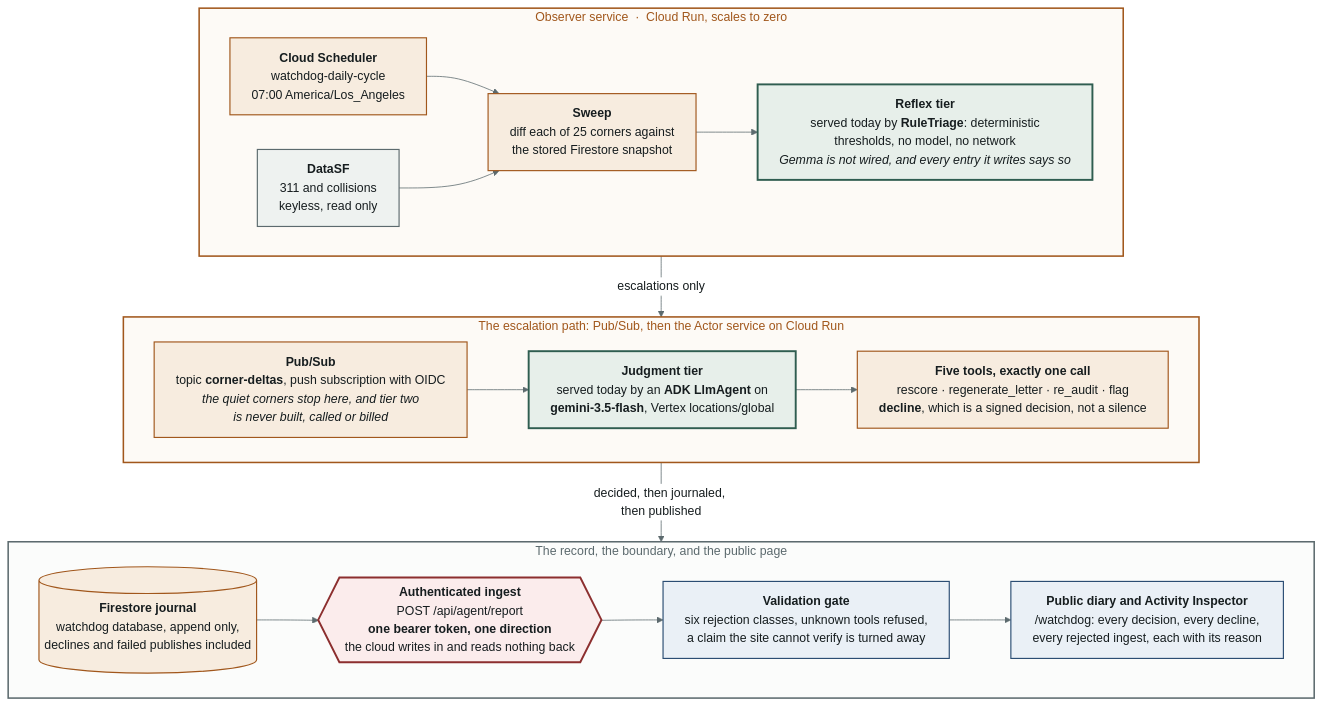
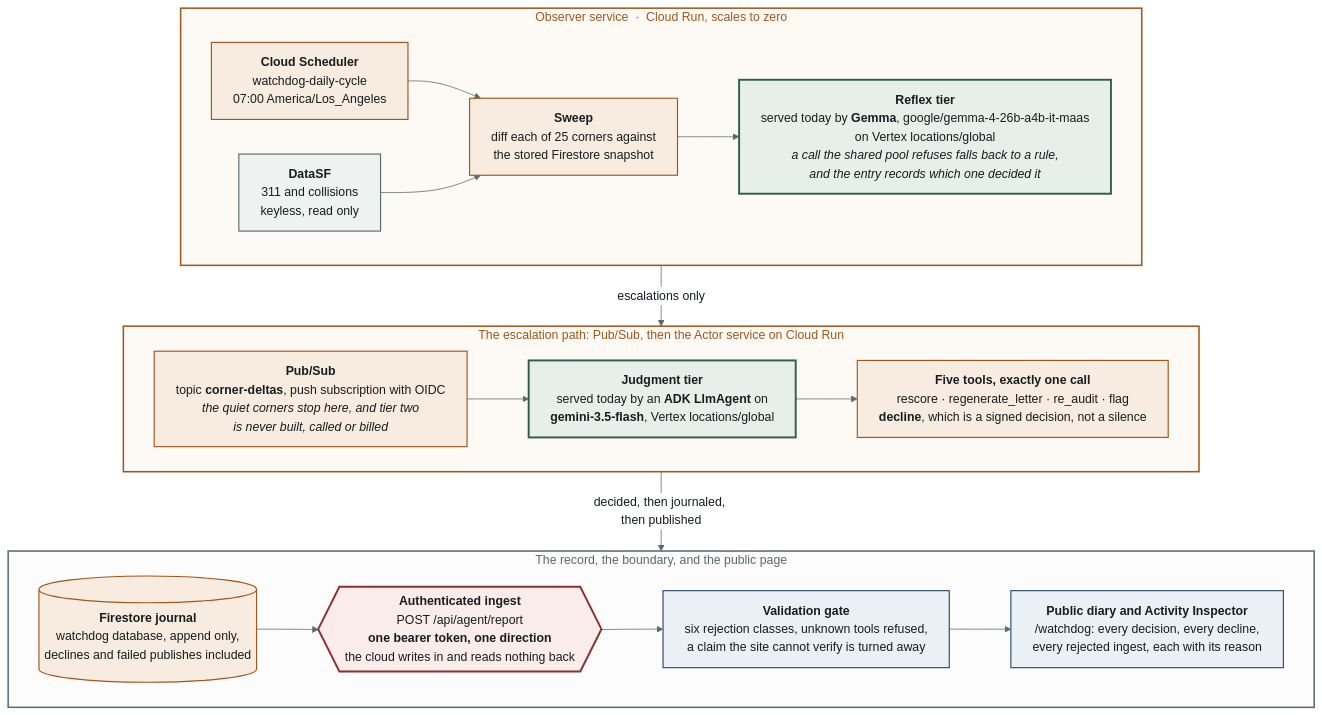
The diagram in docs/architecture.mmd (alejandro-publius/streetcred-watchdog), drawn with Mermaid before and after one commit. The commit also changed 17 other files, not shown here.

```diff
--- a/docs/architecture.mmd
+++ b/docs/architecture.mmd
@@ -1,57 +1,57 @@
 %%{init: {"theme": "base", "themeVariables": {"fontFamily": "Public Sans, Helvetica, sans-serif", "fontSize": "16px", "lineColor": "#5c6a6e", "edgeLabelBackground": "#ffffff", "primaryTextColor": "#161d1f"}, "flowchart": {"curve": "basis", "nodeSpacing": 45, "rankSpacing": 55, "padding": 14, "wrappingWidth": 460, "htmlLabels": true, "useMaxWidth": false}}}%%
 flowchart TB
 %% The Corner Watchdog, one cycle, as deployed. Eleven nodes.
 %% Every label says what serves that box today, not what is planned for it.
 %% Render: npx @mermaid-js/mermaid-cli -i docs/architecture.mmd -o docs/architecture.png -w 1920 -H 1080 -b white -s 2
 %% External edges attach to subgraph ids, never to inner nodes: mermaid drops a
 %% subgraph's own direction the moment an edge reaches past it to a child.
 
     subgraph OBSERVER["Observer service &nbsp;&middot;&nbsp; Cloud Run, scales to zero"]
         direction LR
         SCHED["<b>Cloud Scheduler</b><br/>watchdog-daily-cycle<br/>07:00 America/Los_Angeles"]
         DATASF["<b>DataSF</b><br/>311 and collisions<br/>keyless, read only"]
         SWEEP["<b>Sweep</b><br/>diff each of 25 corners against<br/>the stored Firestore snapshot"]
-        REFLEX["<b>Reflex tier</b><br/>served today by <b>RuleTriage</b>: deterministic<br/>thresholds, no model, no network<br/><i>Gemma is not wired, and every entry it writes says so</i>"]
+        REFLEX["<b>Reflex tier</b><br/>served today by <b>Gemma</b>, google/gemma-4-26b-a4b-it-maas<br/>on Vertex locations/global<br/><i>a call the shared pool refuses falls back to a rule,<br/>and the entry records which one decided it</i>"]
         SCHED --> SWEEP
         DATASF --> SWEEP
         SWEEP --> REFLEX
     end
 
     subgraph ACTOR["The escalation path: Pub/Sub, then the Actor service on Cloud Run"]
         direction LR
         PS["<b>Pub/Sub</b><br/>topic <b>corner-deltas</b>, push subscription with OIDC<br/><i>the quiet corners stop here, and tier two<br/>is never built, called or billed</i>"]
         JUDGE["<b>Judgment tier</b><br/>served today by an <b>ADK LlmAgent</b> on<br/><b>gemini-3.5-flash</b>, Vertex locations/global"]
         TOOLS["<b>Five tools, exactly one call</b><br/>rescore &middot; regenerate_letter &middot; re_audit &middot; flag<br/><b>decline</b>, which is a signed decision, not a silence"]
         PS --> JUDGE
         JUDGE --> TOOLS
     end
 
     subgraph PUBLISH["The record, the boundary, and the public page"]
         direction LR
         FS[("<b>Firestore journal</b><br/>watchdog database, append only,<br/>declines and failed publishes included")]
         INGEST{{"<b>Authenticated ingest</b><br/>POST /api/agent/report<br/><b>one bearer token, one direction</b><br/>the cloud writes in and reads nothing back"}}
         GATE["<b>Validation gate</b><br/>six rejection classes, unknown tools refused,<br/>a claim the site cannot verify is turned away"]
         DIARY["<b>Public diary and Activity Inspector</b><br/>/watchdog: every decision, every decline,<br/>every rejected ingest, each with its reason"]
         FS --> INGEST
         INGEST --> GATE
         GATE --> DIARY
     end
 
     OBSERVER -->|"escalations only"| ACTOR
     ACTOR -->|"decided, then journaled, then published"| PUBLISH
 
     classDef source fill:#eef2f0,stroke:#5c6a6e,stroke-width:1.5px,color:#161d1f
     classDef gcp fill:#f7ecdf,stroke:#a1571c,stroke-width:1.5px,color:#161d1f
     classDef model fill:#e7efea,stroke:#2f5d50,stroke-width:2.5px,color:#161d1f
     classDef boundary fill:#fbecec,stroke:#8c2f2f,stroke-width:2.5px,color:#161d1f
     classDef edge fill:#eaf0f6,stroke:#2b4d73,stroke-width:1.5px,color:#161d1f
 
     class DATASF source
     class SCHED,PS,SWEEP,TOOLS,FS gcp
     class REFLEX,JUDGE model
     class INGEST boundary
     class GATE,DIARY edge
 
     style OBSERVER fill:#fdfaf6,stroke:#a1571c,stroke-width:2px,color:#a1571c
     style ACTOR fill:#fdfaf6,stroke:#a1571c,stroke-width:2px,color:#a1571c
     style PUBLISH fill:#fbfcfb,stroke:#5c6a6e,stroke-width:2px,color:#5c6a6e
```
